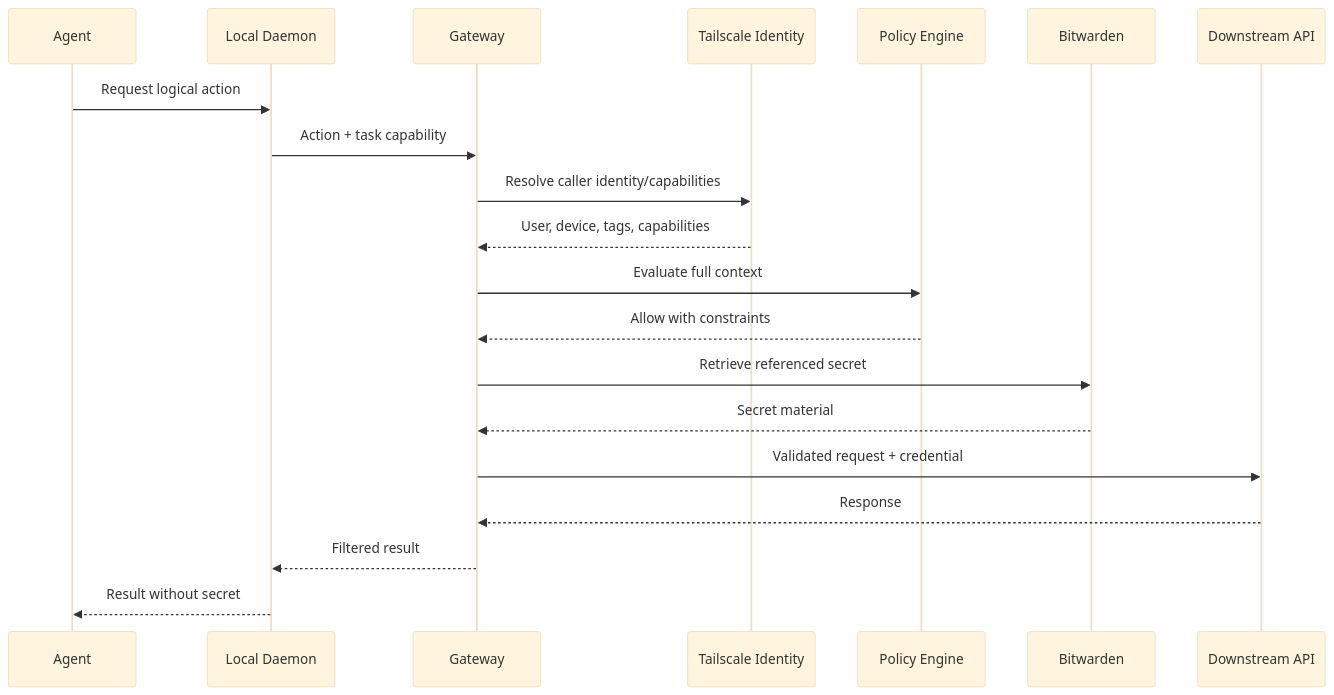
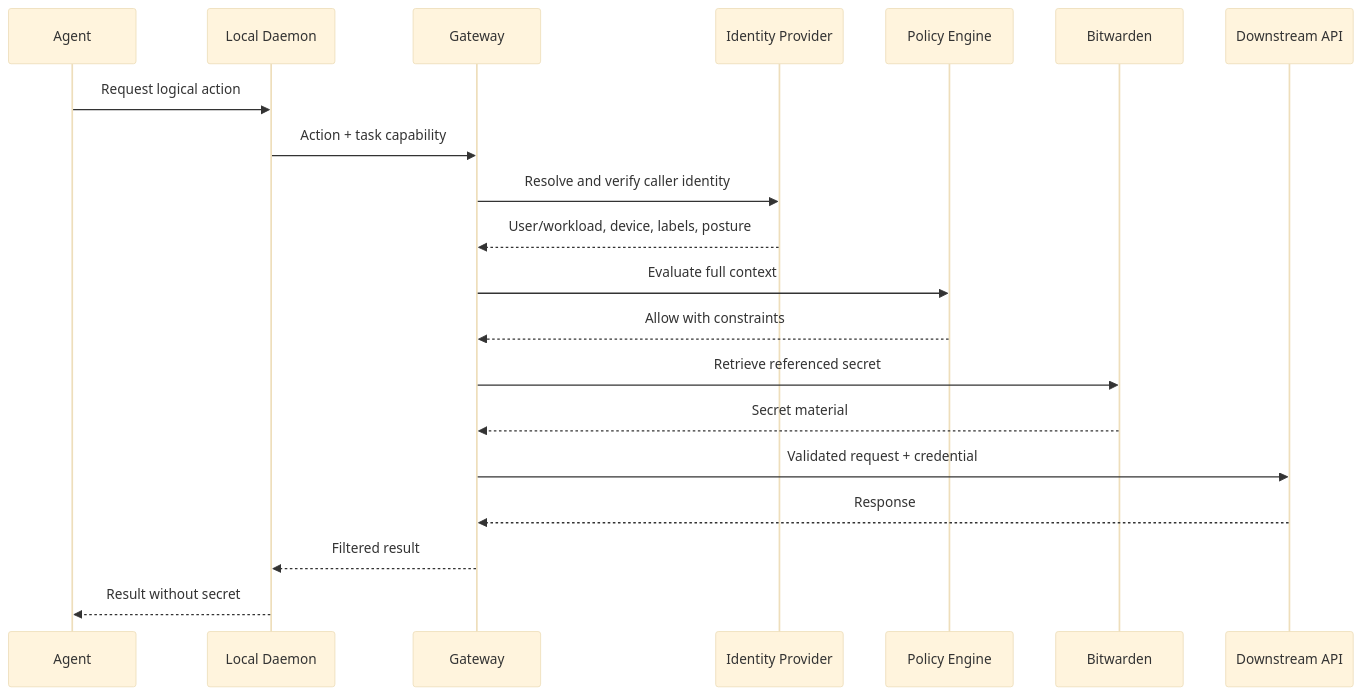
Before and after one commit to carloscn/agent-credential-firewall: the second of 2 diagrams in docs/design.md, drawn with Mermaid (base theme). The commit also changed other lines of this file and 2 other files, not shown here.

Commit message:
docs: move Tailscale to deployment use case

````diff
--- a/docs/design.md
+++ b/docs/design.md
@@ -304,23 +318,23 @@
 ```mermaid
 sequenceDiagram
     participant A as Agent
     participant D as Local Daemon
     participant G as Gateway
-    participant T as Tailscale Identity
+    participant I as Identity Provider
     participant P as Policy Engine
     participant B as Bitwarden
     participant X as Downstream API
 
     A->>D: Request logical action
     D->>G: Action + task capability
-    G->>T: Resolve caller identity/capabilities
-    T-->>G: User, device, tags, capabilities
+    G->>I: Resolve and verify caller identity
+    I-->>G: User/workload, device, labels, posture
     G->>P: Evaluate full context
     P-->>G: Allow with constraints
     G->>B: Retrieve referenced secret
     B-->>G: Secret material
     G->>X: Validated request + credential
     X-->>G: Response
     G-->>D: Filtered result
     D-->>A: Result without secret
 ```
````
